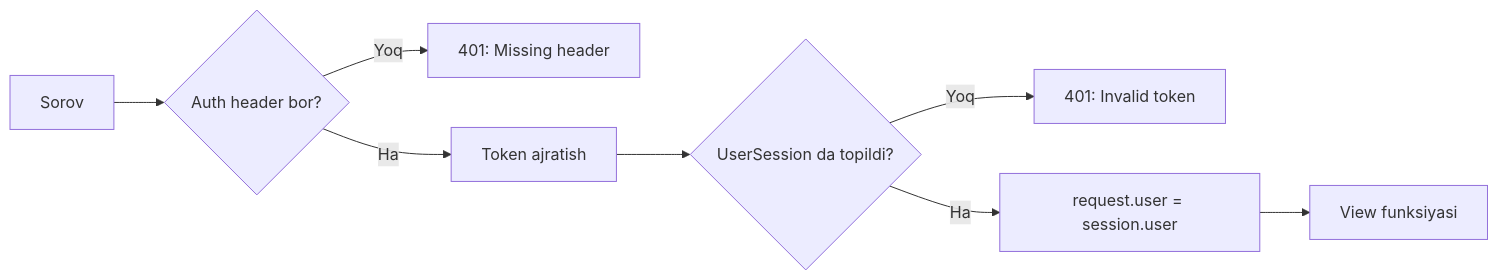
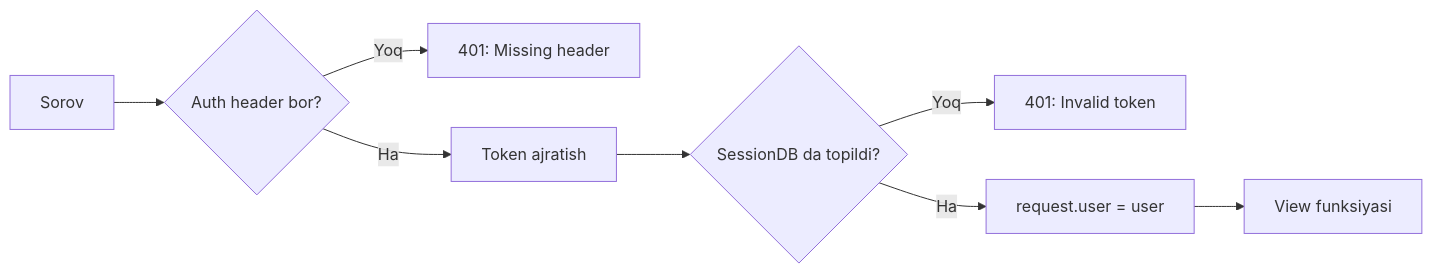
The eighth of 16 diagrams in README.md (khismoiloff/BrpAvtoTest), drawn with Mermaid before and after one commit. The commit also changed other lines of this file, not shown here.

````diff
--- a/README.md
+++ b/README.md
@@ -485,11 +578,11 @@
 ```mermaid
 %%{init: {'theme': 'default'}}%%
 flowchart LR
     A[Sorov] --> B{Auth header bor?}
     B -->|Yoq| C[401: Missing header]
     B -->|Ha| D[Token ajratish]
-    D --> E{UserSession da topildi?}
+    D --> E{SessionDB da topildi?}
     E -->|Yoq| F[401: Invalid token]
-    E -->|Ha| G[request.user = session.user]
+    E -->|Ha| G[request.user = user]
     G --> H[View funksiyasi]
 ```
````
